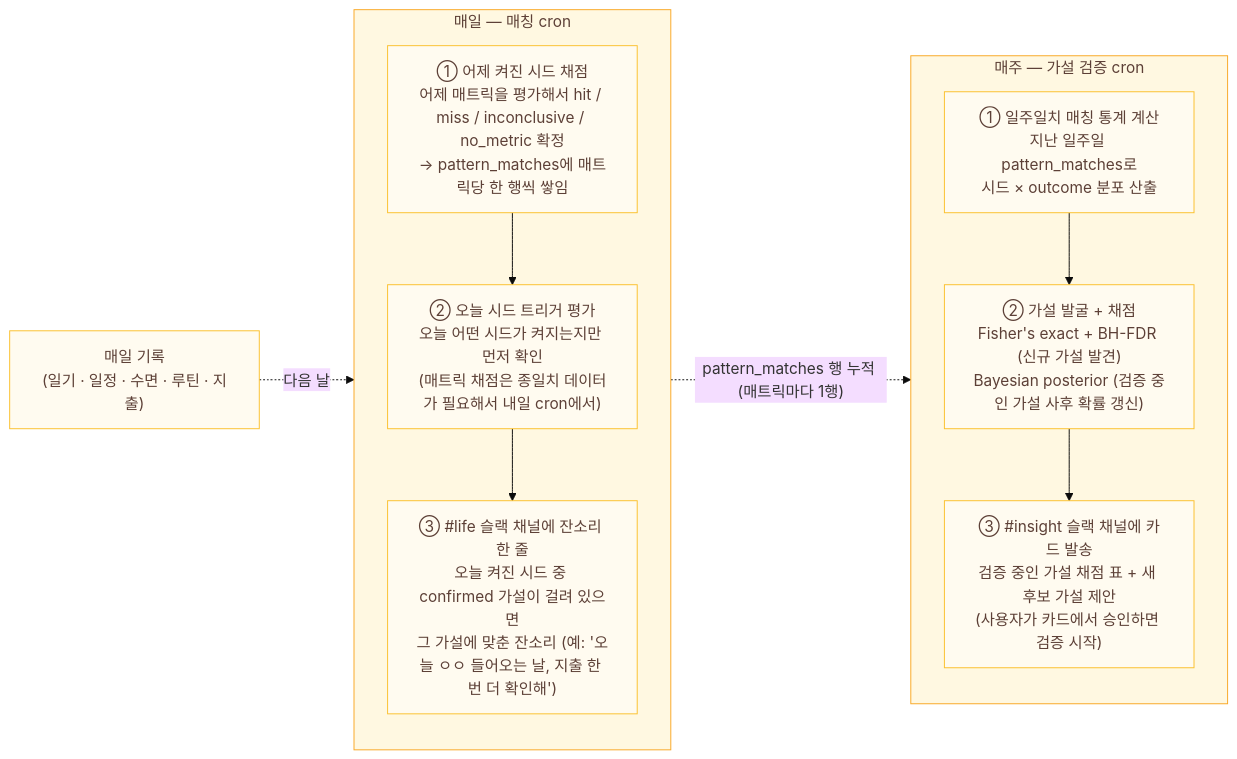
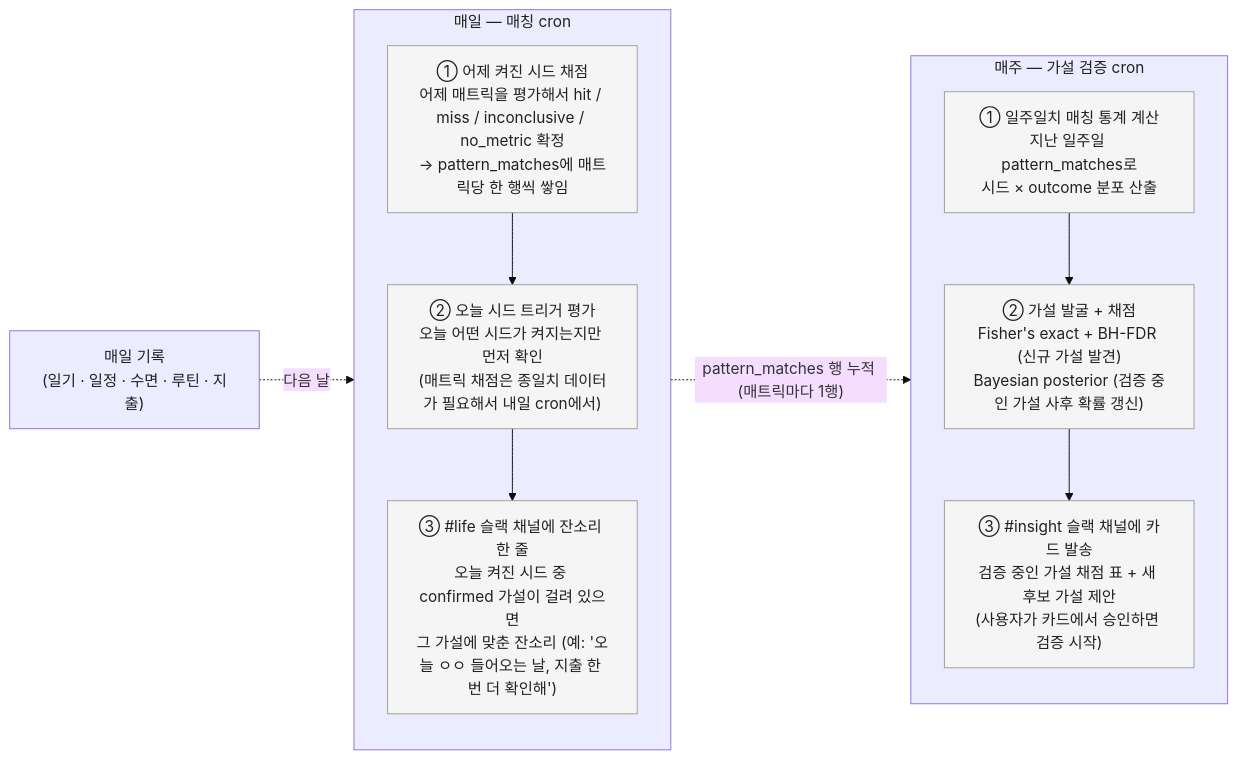
The first of 9 diagrams in docs/explainers/insight-v2.md (hyewon3938/slack-ai-agents), drawn with Mermaid (base theme) before and after one commit. The commit also changed other lines of this file, not shown here.

````diff
--- a/docs/explainers/insight-v2.md
+++ b/docs/explainers/insight-v2.md
@@ -92,28 +92,29 @@
 ```mermaid
 flowchart LR
   REC["매일 기록<br/>(일기 · 일정 · 수면 · 루틴 · 지출)"]
 
   subgraph DAILY["매일 — 매칭 cron"]
     direction TB
     D1["① 어제 켜진 시드 채점<br/>어제 매트릭을 평가해서 hit / miss / inconclusive / no_metric 확정<br/>→ pattern_matches에 매트릭당 한 행씩 쌓임"]
     D2["② 오늘 시드 트리거 평가<br/>오늘 어떤 시드가 켜지는지만 먼저 확인<br/>(매트릭 채점은 종일치 데이터가 필요해서 내일 cron에서)"]
     D3["③ #life 슬랙 채널에 잔소리 한 줄<br/>오늘 켜진 시드 중 confirmed 가설이 걸려 있으면<br/>그 가설에 맞춘 잔소리 (예: '오늘 ㅇㅇ 들어오는 날, 지출 한 번 더 확인해')"]
     D1 --> D2 --> D3
   end
 
   subgraph WEEKLY["매주 — 가설 검증 cron"]
     direction TB
     W1["① 일주일치 매칭 통계 계산<br/>지난 일주일 pattern_matches로<br/>시드 × outcome 분포 산출"]
     W2["② 가설 발굴 + 채점<br/>Fisher's exact + BH-FDR (신규 가설 발견)<br/>Bayesian posterior (검증 중인 가설 사후 확률 갱신)"]
     W3["③ #insight 슬랙 채널에 카드 발송<br/>검증 중인 가설 채점 표 + 새 후보 가설 제안<br/>(사용자가 카드에서 승인하면 검증 시작)"]
     W1 --> W2 --> W3
   end
 
   REC -. 다음 날 .-> DAILY
   DAILY -. "pattern_matches 행 누적 (매트릭마다 1행)" .-> WEEKLY
 
-  classDef flowNode fill:#fffbf0,stroke:#fbc02d,color:#5d4037
-  classDef flowBox fill:#fff8e1,stroke:#f9a825,color:#5d4037
-  class REC,D1,D2,D3,W1,W2,W3 flowNode
+  classDef flowBox fill:#ECECFF,stroke:#9370DB,color:#212121
+  classDef flowInner fill:#F5F5F5,stroke:#9E9E9E,color:#212121
+  class REC flowBox
   class DAILY,WEEKLY flowBox
+  class D1,D2,D3,W1,W2,W3 flowInner
 ```
````
